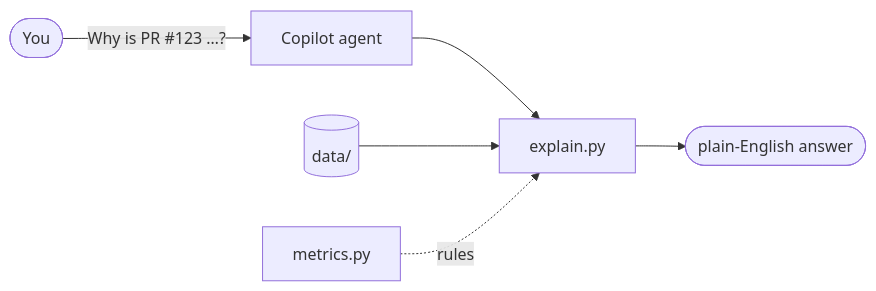
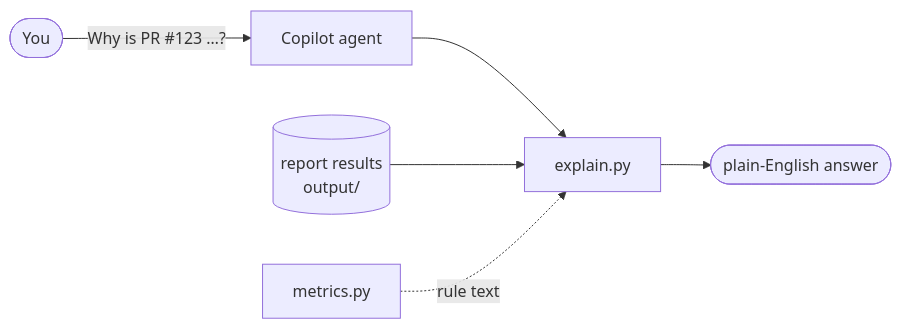
One commit to thomas3577-star/gh-pr-metrics changed the second of 2 diagrams in README.md. Above: the diagram before and after it, drawn with Mermaid. The commit also changed other lines of this file and 1 other file, not shown here.

Commit message:
README: explain.py answers from the report itself

````diff
--- a/README.md
+++ b/README.md
@@ -53,8 +53,8 @@
 ```mermaid
 flowchart LR
     U([You]) -->|"Why is PR #123 …?"| A[Copilot agent]
     A --> E[explain.py]
-    D[(data/)] --> E
-    M[metrics.py] -.->|rules| E
+    O[(report results<br/>output/)] --> E
+    M[metrics.py] -.->|rule text| E
     E --> P([plain-English answer])
 ```
````
